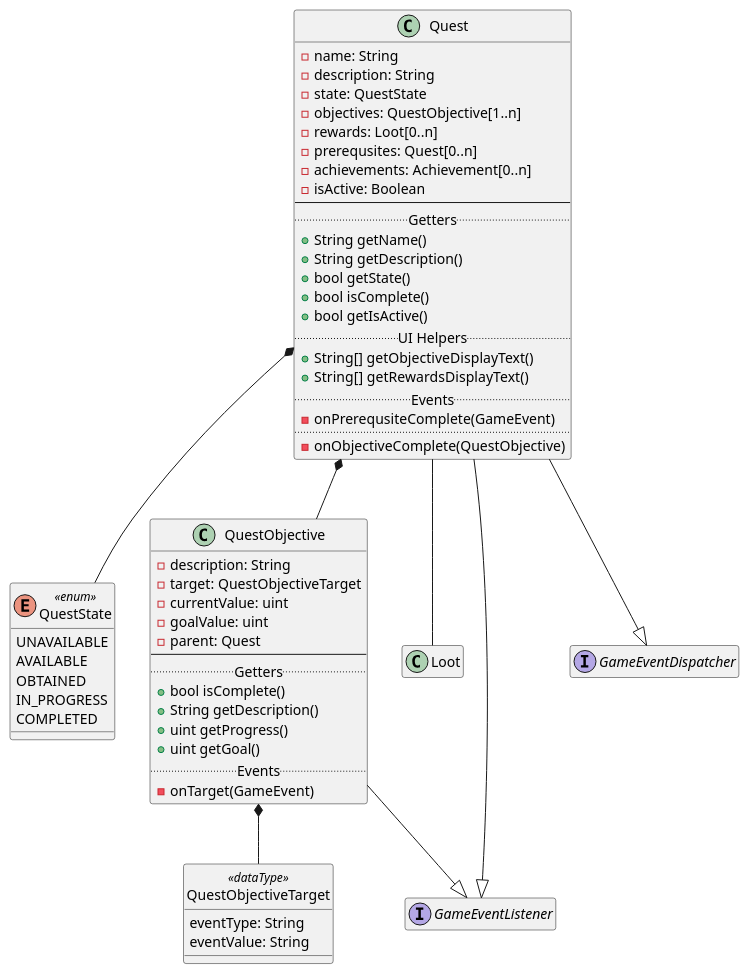
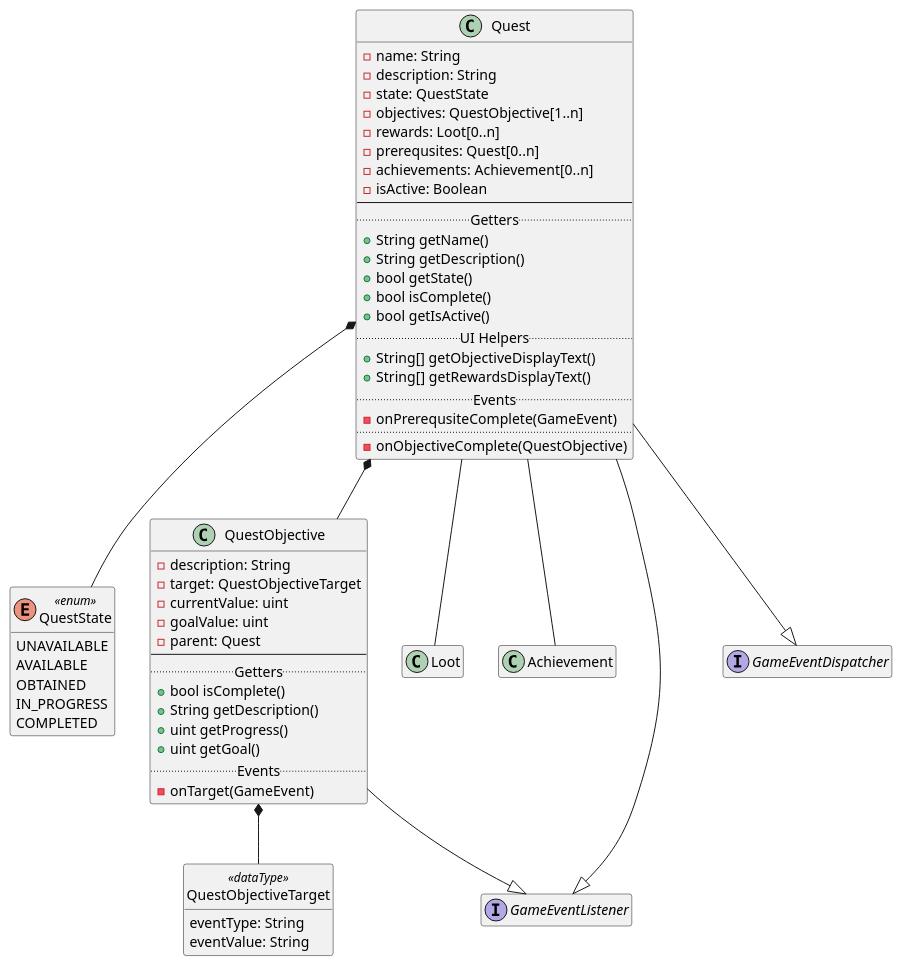
Before and after one commit to zachwlewis/6ft: the diagram in quest-system-class-diagram.wsd, drawn with PlantUML. The commit also changed 3 other files, not shown here.

Commit message:
Updated UML

```diff
--- a/quest-system-class-diagram.wsd
+++ b/quest-system-class-diagram.wsd
@@ -1,72 +1,77 @@
 @startuml
 Quest *-- QuestState
 Quest *-- QuestObjective
 Quest -- Loot
+Quest -- Achievement
 QuestObjective *-- QuestObjectiveTarget
 Quest --|> GameEventListener
 Quest --|> GameEventDispatcher
 QuestObjective --|> GameEventListener
 
 interface GameEventListener
 interface GameEventDispatcher
 
 class Quest {
     - name: String
     - description: String
     - state: QuestState
     - objectives: QuestObjective[1..n]
     - rewards: Loot[0..n]
     - prerequsites: Quest[0..n]
     - achievements: Achievement[0..n]
     - isActive: Boolean
     --
     .. Getters ..
     + String getName()
     + String getDescription()
     + bool getState()
     + bool isComplete()
     + bool getIsActive()
     .. UI Helpers ..
     + String[] getObjectiveDisplayText()
     + String[] getRewardsDisplayText()
     .. Events ..
     - onPrerequsiteComplete(GameEvent)
     ..
     - onObjectiveComplete(QuestObjective)
 }
 
 class QuestObjective {
     - description: String
     - target: QuestObjectiveTarget
     - currentValue: uint
     - goalValue: uint
     - parent: Quest
     --
     .. Getters ..
     + bool isComplete()
     + String getDescription()
     + uint getProgress()
     + uint getGoal()
     .. Events ..
     - onTarget(GameEvent)
 }
 
 enum QuestState <<enum>> {
     UNAVAILABLE
     AVAILABLE  
     OBTAINED   
     IN_PROGRESS
     COMPLETED 
 }
 
 class QuestObjectiveTarget <<dataType>> {
     eventType: String
     eventValue: String
 }
 
 hide QuestObjectiveTarget circle
 hide interface methods
 hide interface fields
 hide Loot methods
 hide Loot fields
+hide Achievement methods
+hide Achievement fields
+hide QuestState methods
+hide QuestObjectiveTarget methods
 @enduml
```
